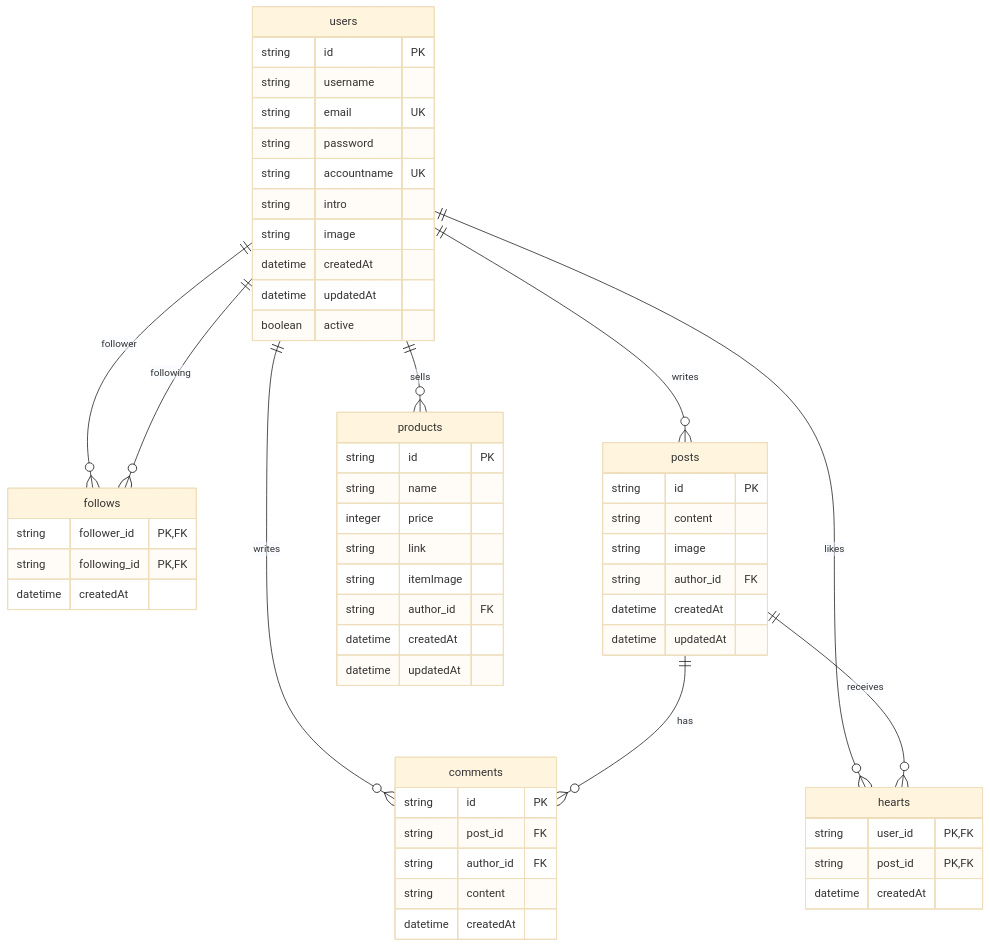
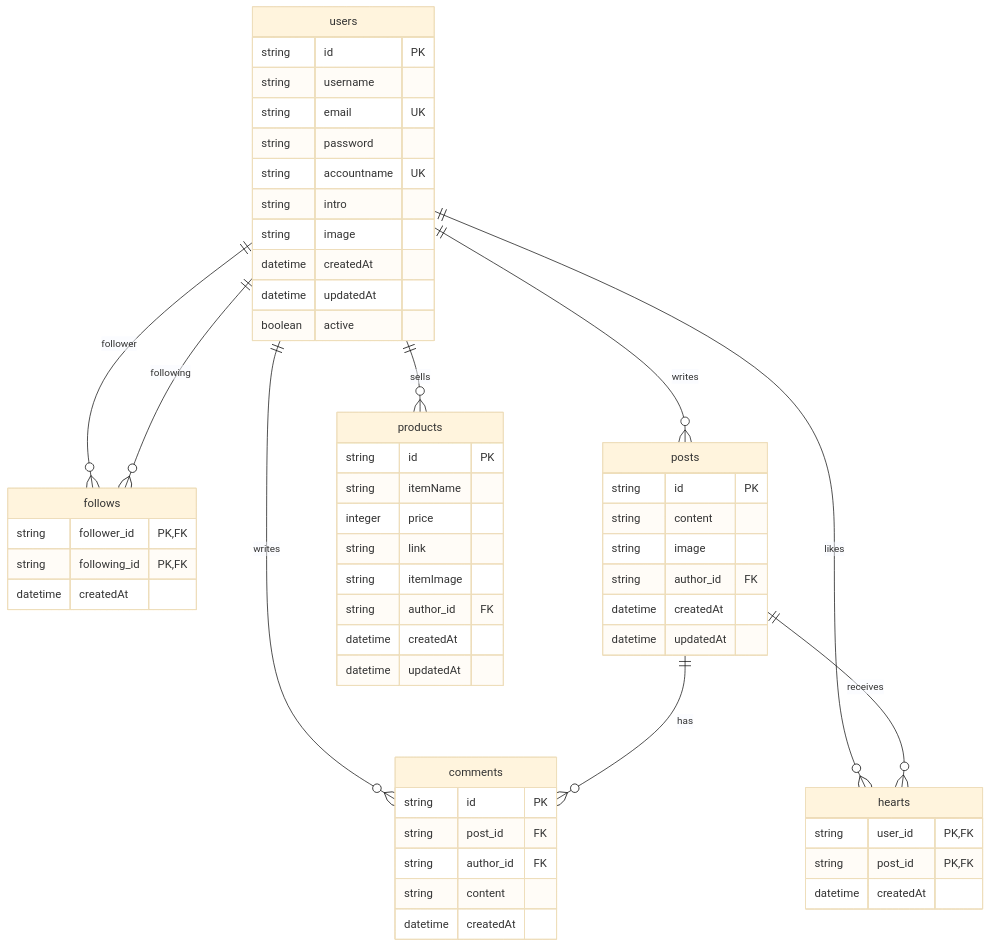
The diagram in README.md (qorlgns1/soon_my_room_api), drawn with Mermaid (base theme) before and after one commit. The commit also changed other lines of this file, not shown here.

````diff
--- a/README.md
+++ b/README.md
@@ -82,64 +95,64 @@
 ```mermaid
 erDiagram
     users ||--o{ follows : "follower"
     users ||--o{ follows : "following"
     users ||--o{ posts : "writes"
     users ||--o{ comments : "writes"
     users ||--o{ hearts : "likes"
     users ||--o{ products : "sells"
     posts ||--o{ comments : "has"
     posts ||--o{ hearts : "receives"
 
     users {
         string id PK
         string username
         string email UK
         string password
         string accountname UK
         string intro
         string image
         datetime createdAt
         datetime updatedAt
         boolean active
     }
 
     follows {
         string follower_id PK,FK
         string following_id PK,FK
         datetime createdAt
     }
 
     posts {
         string id PK
         string content
         string image
         string author_id FK
         datetime createdAt
         datetime updatedAt
     }
 
     comments {
         string id PK
         string post_id FK
         string author_id FK
         string content
         datetime createdAt
     }
 
     hearts {
         string user_id PK,FK
         string post_id PK,FK
         datetime createdAt
     }
 
     products {
         string id PK
-        string name
+        string itemName
         integer price
         string link
         string itemImage
         string author_id FK
         datetime createdAt
         datetime updatedAt
     }
 ```
````
